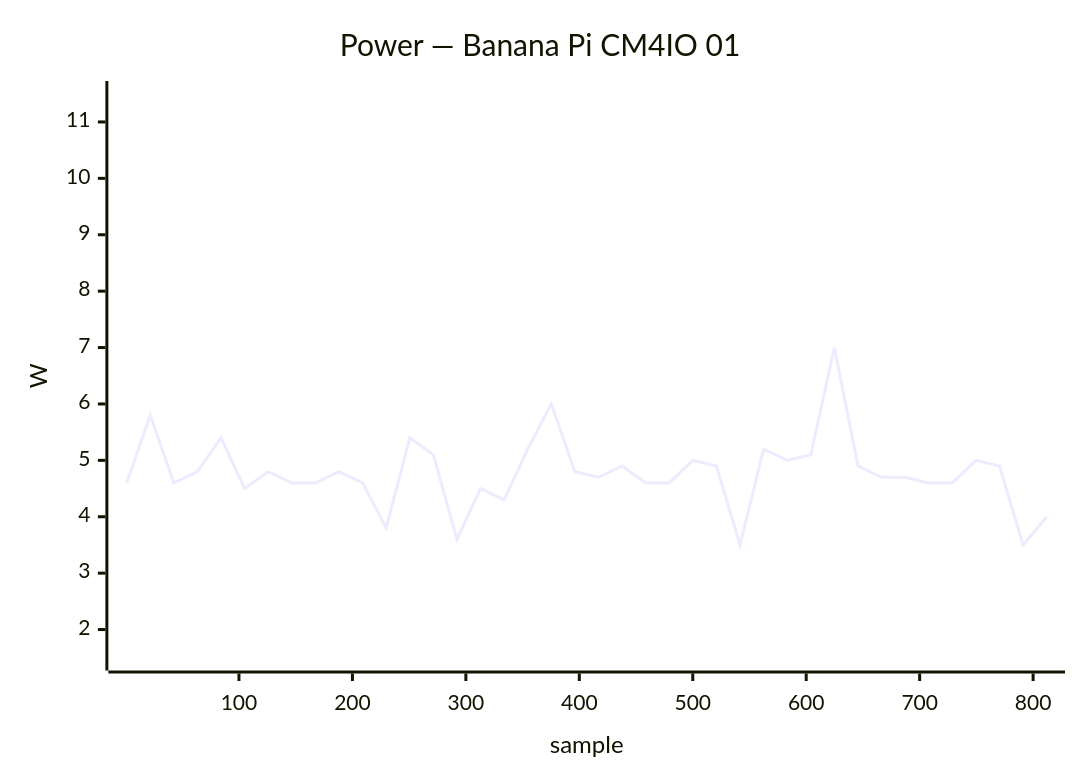
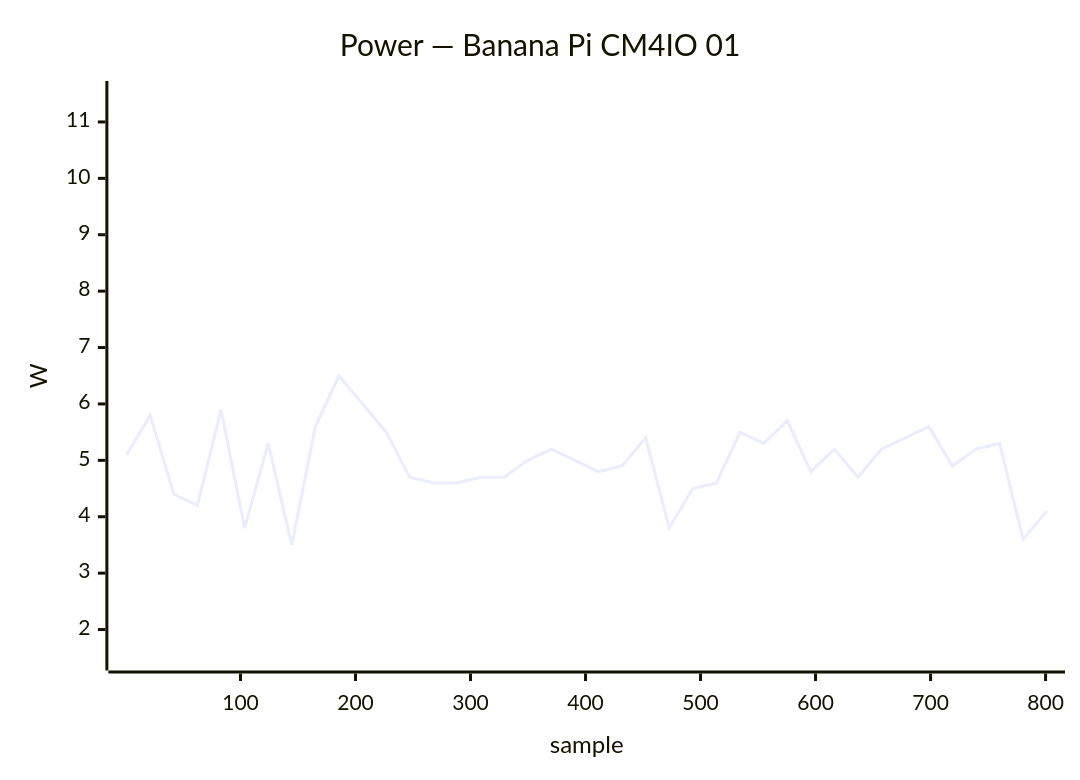
One commit to armbian/documentation changed the tenth of 50 diagrams in docs/status/board-tests.md. Above: the diagram before and after it, drawn with Mermaid. The commit also changed other lines of this file, not shown here.

````diff
--- a/docs/status/board-tests.md
+++ b/docs/status/board-tests.md
@@ -317,7 +508,7 @@
 ```mermaid
 xychart-beta
     title "Power — Banana Pi CM4IO 01"
-    x-axis "sample" 1 --> 812
+    x-axis "sample" 1 --> 801
     y-axis "W" 1.5 --> 11.5
-    line [4.6, 5.8, 4.6, 4.8, 5.4, 4.5, 4.8, 4.6, 4.6, 4.8, 4.6, 3.8, 5.4, 5.1, 3.6, 4.5, 4.3, 5.2, 6.0, 4.8, 4.7, 4.9, 4.6, 4.6, 5.0, 4.9, 3.5, 5.2, 5.0, 5.1, 7.0, 4.9, 4.7, 4.7, 4.6, 4.6, 5.0, 4.9, 3.5, 4.0]
+    line [5.1, 5.8, 4.4, 4.2, 5.9, 3.8, 5.3, 3.5, 5.6, 6.5, 6.0, 5.5, 4.7, 4.6, 4.6, 4.7, 4.7, 5.0, 5.2, 5.0, 4.8, 4.9, 5.4, 3.8, 4.5, 4.6, 5.5, 5.3, 5.7, 4.8, 5.2, 4.7, 5.2, 5.4, 5.6, 4.9, 5.2, 5.3, 3.6, 4.1]
 ```
````
